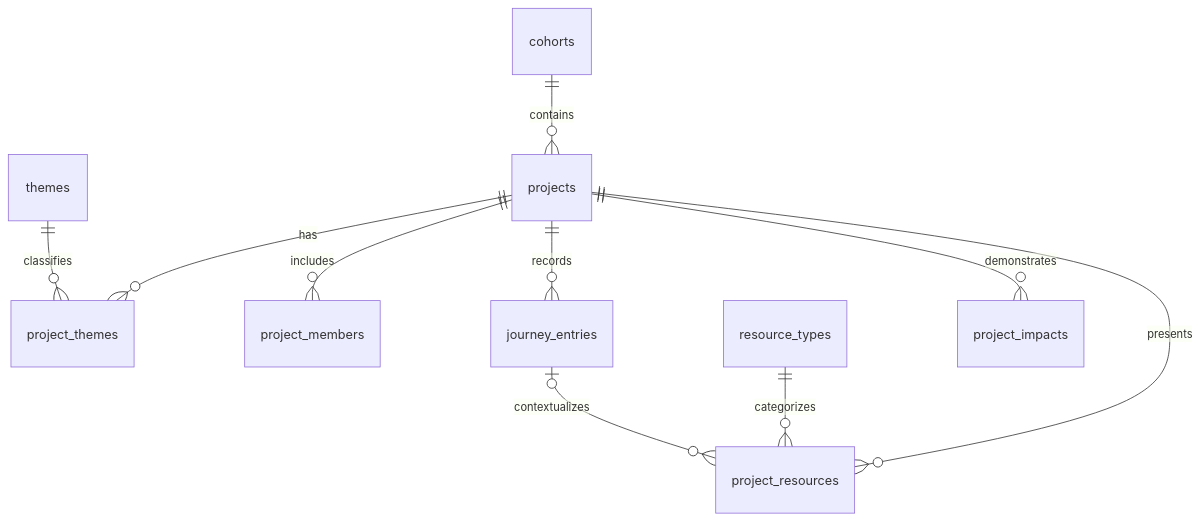
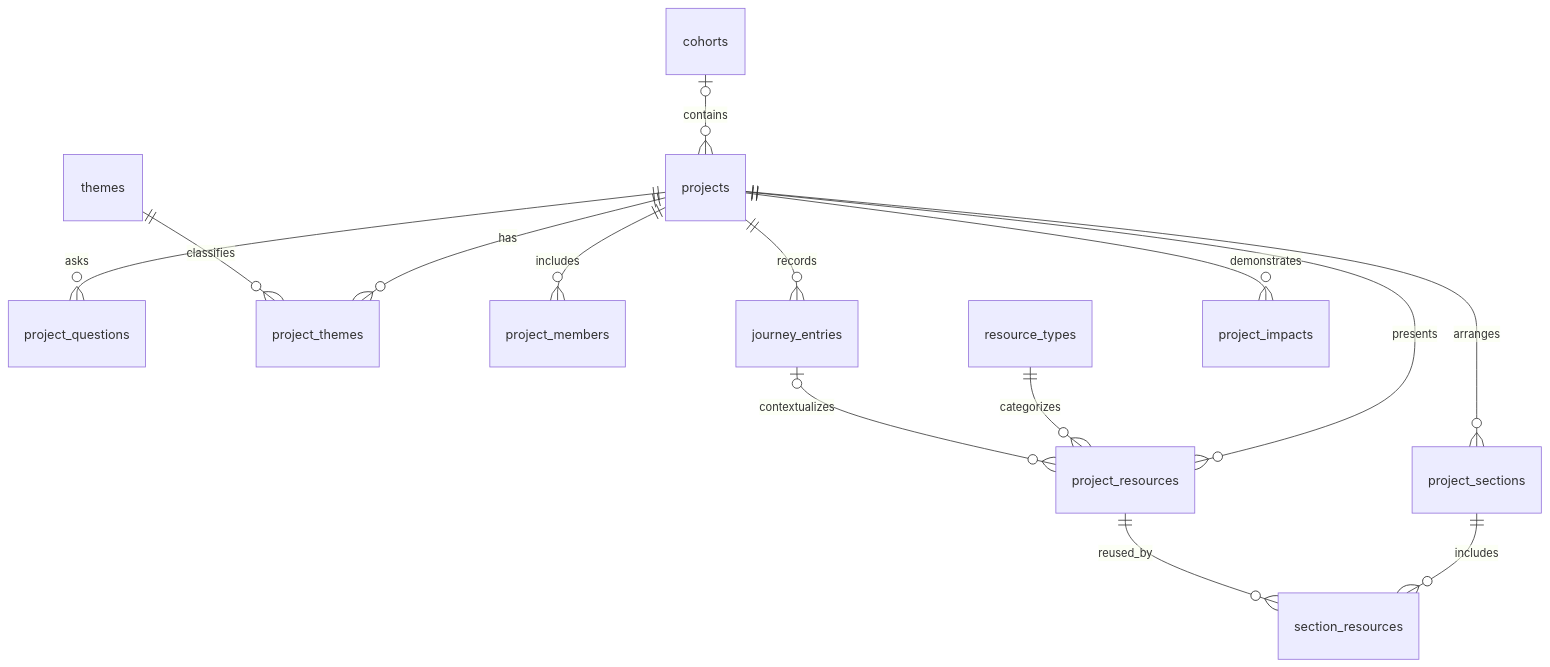
One commit to ChiyoYuki/group2 changed the diagram in DatabaseDesign.md. Above: the diagram before and after it, drawn with Mermaid. The commit also changed other lines of this file and 129 other files, not shown here.

````diff
--- a/DatabaseDesign.md
+++ b/DatabaseDesign.md
@@ -13,12 +15,16 @@
 ```mermaid
 erDiagram
-    cohorts ||--o{ projects : contains
+    cohorts o|--o{ projects : contains
+    projects ||--o{ project_questions : asks
+    projects ||--o{ project_sections : arranges
+    project_sections ||--o{ section_resources : includes
+    project_resources ||--o{ section_resources : reused_by
     projects ||--o{ project_themes : has
     themes ||--o{ project_themes : classifies
     projects ||--o{ project_members : includes
     projects ||--o{ journey_entries : records
     projects ||--o{ project_resources : presents
     resource_types ||--o{ project_resources : categorizes
     journey_entries o|--o{ project_resources : contextualizes
     projects ||--o{ project_impacts : demonstrates
 ```
````
